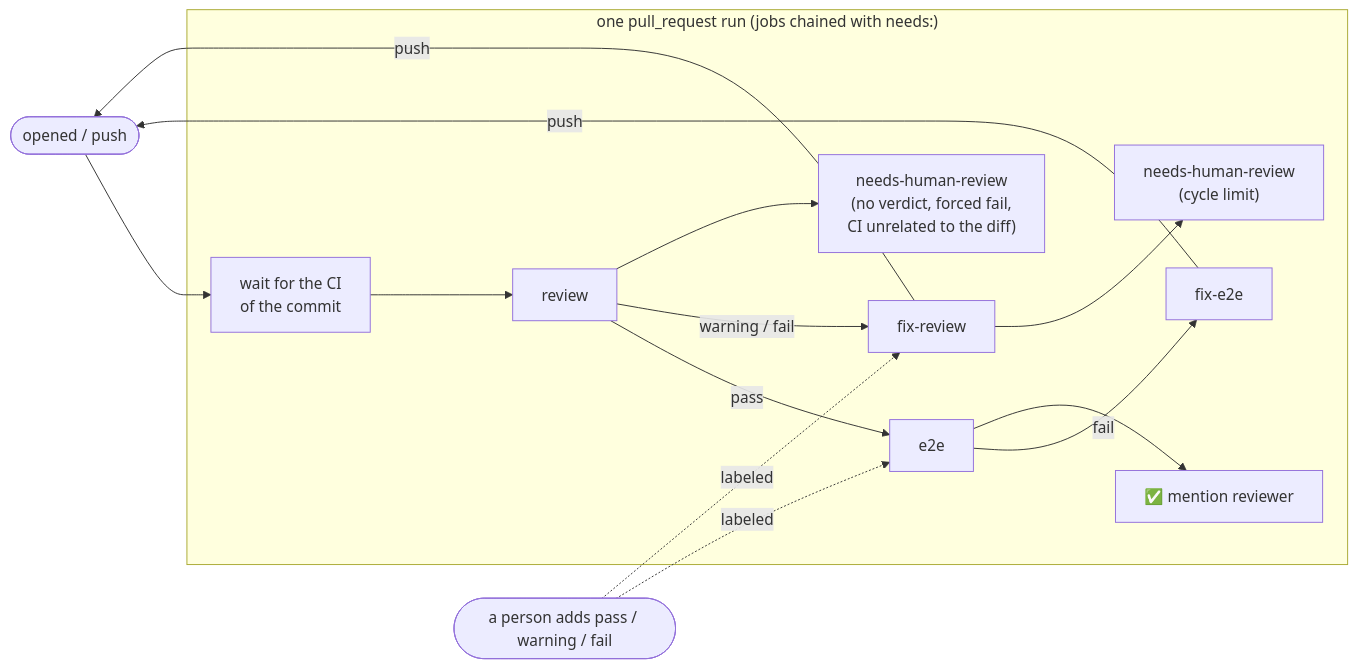
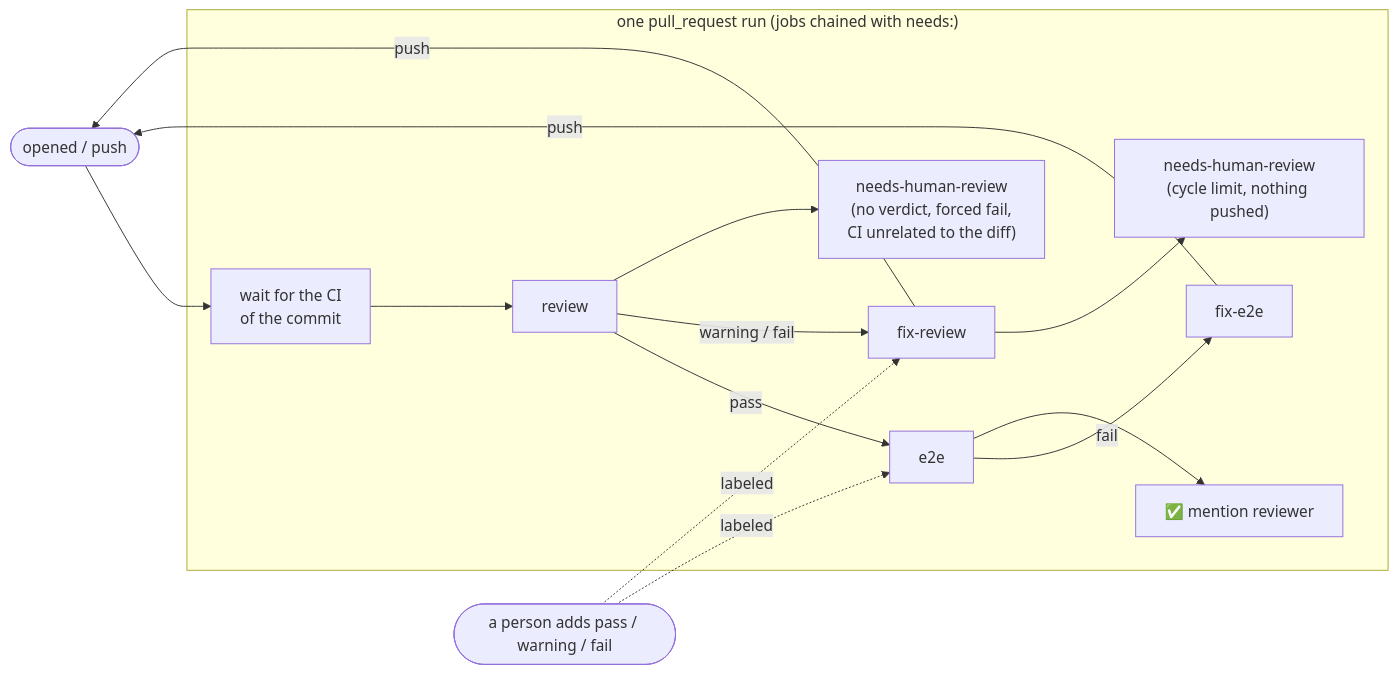
The second of 2 diagrams in docs/architecture.md (jmformenti/patufet), drawn with Mermaid before and after one commit. The commit also changed other lines of this file and 16 other files, not shown here.

First line of the commit message:
fix: hand a fix-review that pushes nothing over to a person

````diff
--- a/docs/architecture.md
+++ b/docs/architecture.md
@@ -48,17 +48,17 @@
 ```mermaid
 flowchart LR
     trigger(["opened / push"]) --> wait["wait for the CI<br/>of the commit"]
     subgraph run["one pull_request run (jobs chained with needs:)"]
         wait --> review
         review -->|pass| e2e
         review -->|warning / fail| fix[fix-review]
         e2e -->|fail| fixe2e[fix-e2e]
         e2e --> ok["✅ mention reviewer"]
         review --> nhr["needs-human-review<br/>(no verdict, forced fail,<br/>CI unrelated to the diff)"]
-        fix --> nhrc["needs-human-review<br/>(cycle limit)"]
+        fix --> nhrc["needs-human-review<br/>(cycle limit, nothing pushed)"]
     end
     fix -->|push| trigger
     fixe2e -->|push| trigger
     human(["a person adds pass / warning / fail"]) -.->|labeled| e2e
     human -.->|labeled| fix
 ```
````
